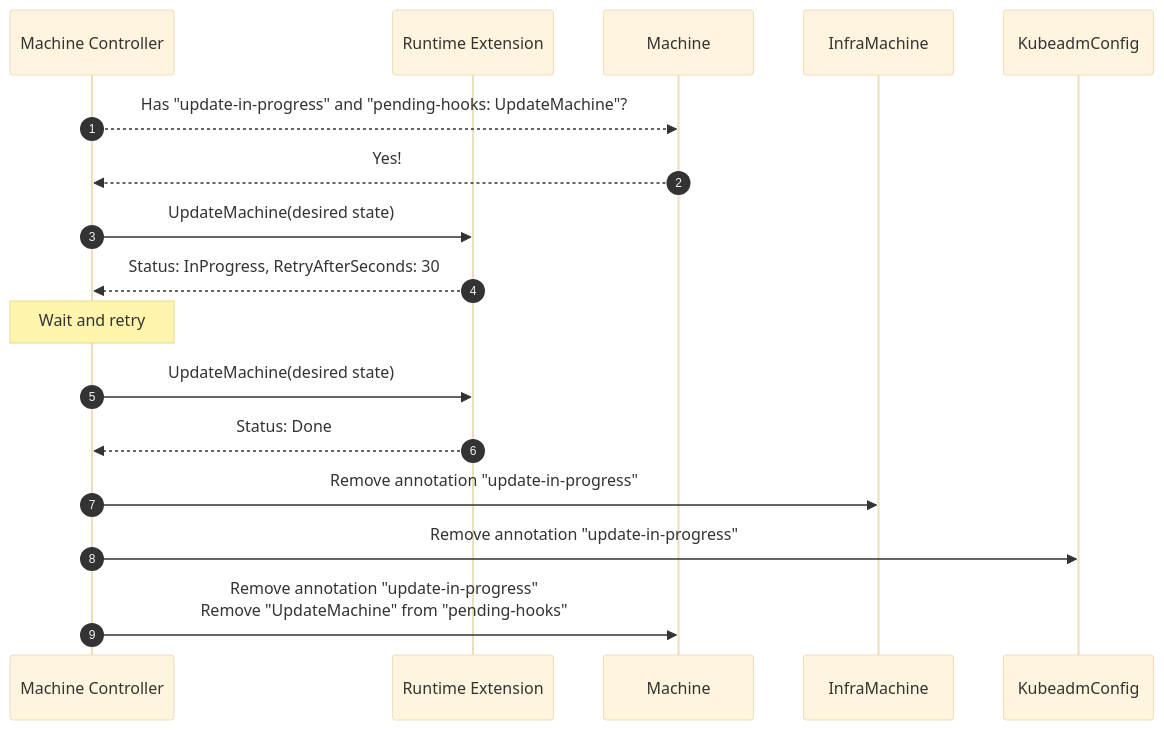
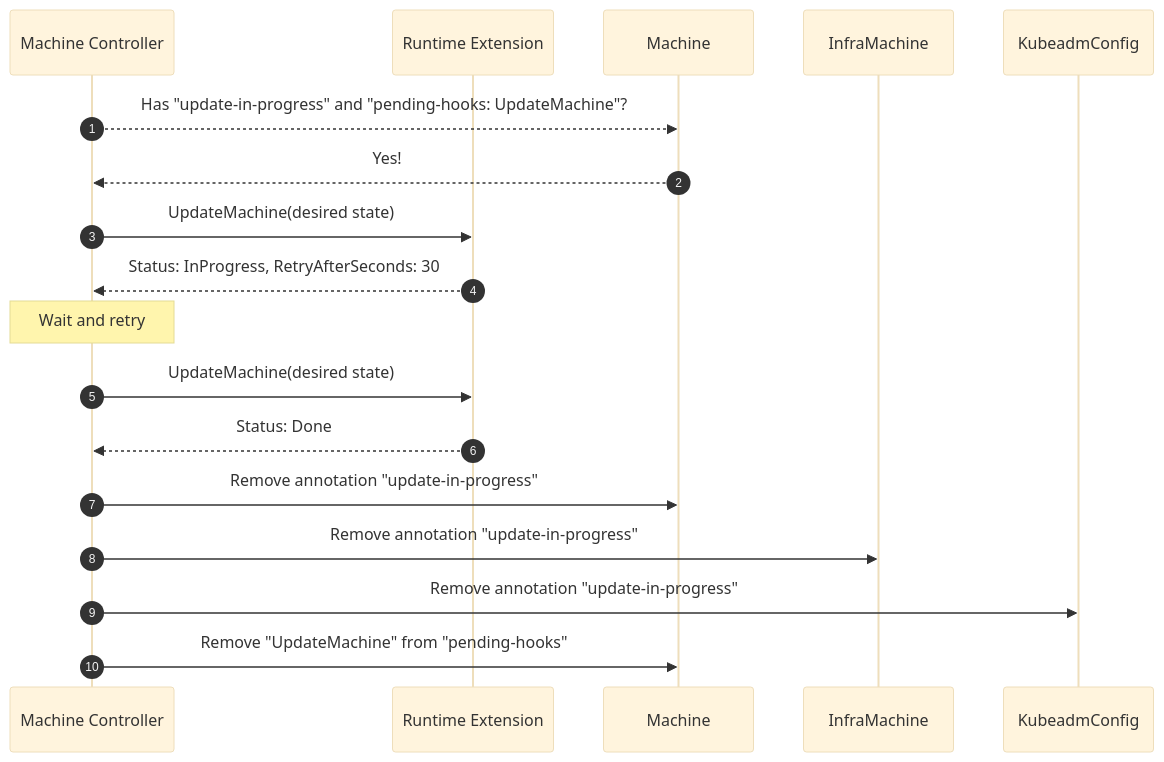
The sixth of 7 diagrams in docs/proposals/20240807-in-place-updates-implementation-notes.md (kubernetes-sigs/cluster-api), drawn with Mermaid (base theme) before and after one commit. The commit also changed other lines of this file and 8 other files, not shown here.

````diff
--- a/docs/proposals/20240807-in-place-updates-implementation-notes.md
+++ b/docs/proposals/20240807-in-place-updates-implementation-notes.md
@@ -149,24 +149,25 @@
 ```mermaid
 sequenceDiagram
     autonumber
     participant Machine Controller
     participant RX as Runtime Extension
     participant M1 as Machine
     participant IM1 as InfraMachine
     participant KC1 as KubeadmConfig
     
     Machine Controller-->>M1: Has "update-in-progress" and "pending-hooks: UpdateMachine"?
     M1-->>Machine Controller: Yes!
     
     Machine Controller->>RX: UpdateMachine(desired state)
     RX-->>Machine Controller: Status: InProgress, RetryAfterSeconds: 30
     
     Note over Machine Controller: Wait and retry
     
     Machine Controller->>RX: UpdateMachine(desired state)
     RX-->>Machine Controller: Status: Done
     
+    Machine Controller->>M1: Remove annotation "update-in-progress"
     Machine Controller->>IM1: Remove annotation "update-in-progress"
     Machine Controller->>KC1: Remove annotation "update-in-progress"
-    Machine Controller->>M1: Remove annotation "update-in-progress"<br/>Remove "UpdateMachine" from "pending-hooks"
+    Machine Controller->>M1: Remove "UpdateMachine" from "pending-hooks"
 ```
````
